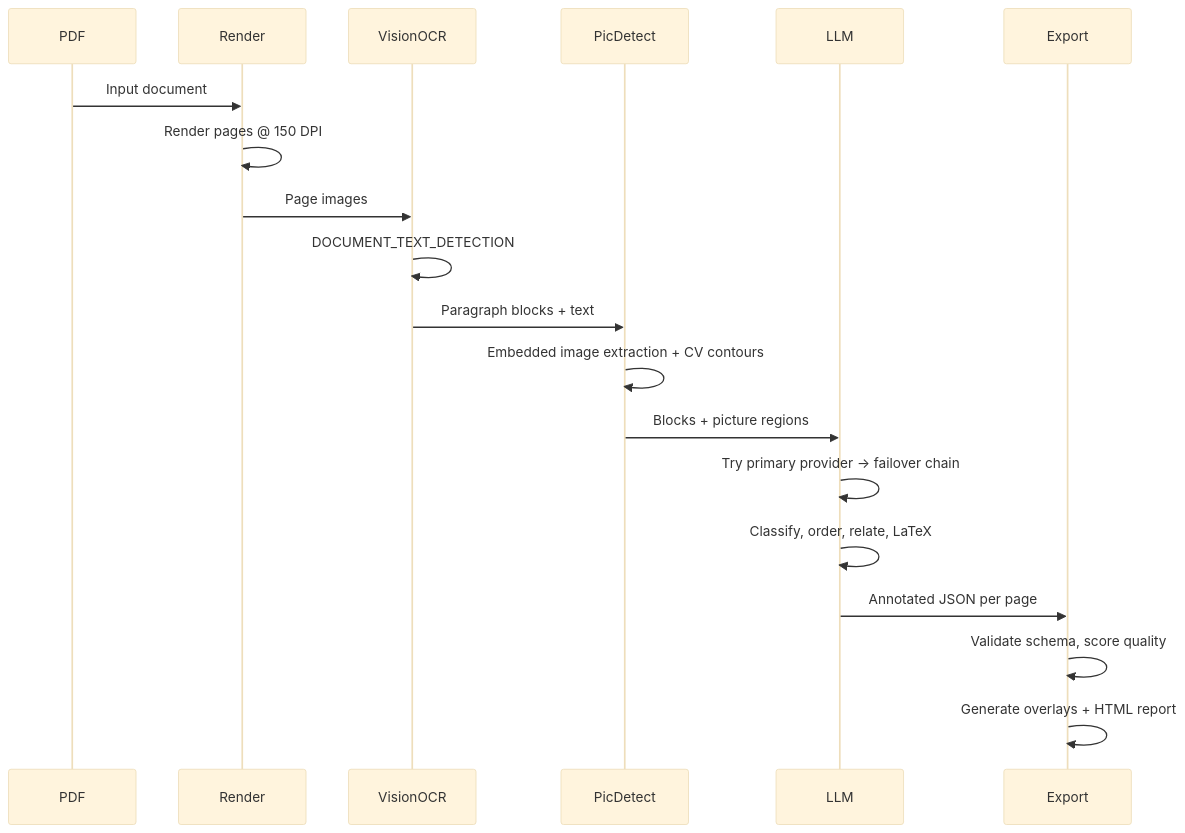
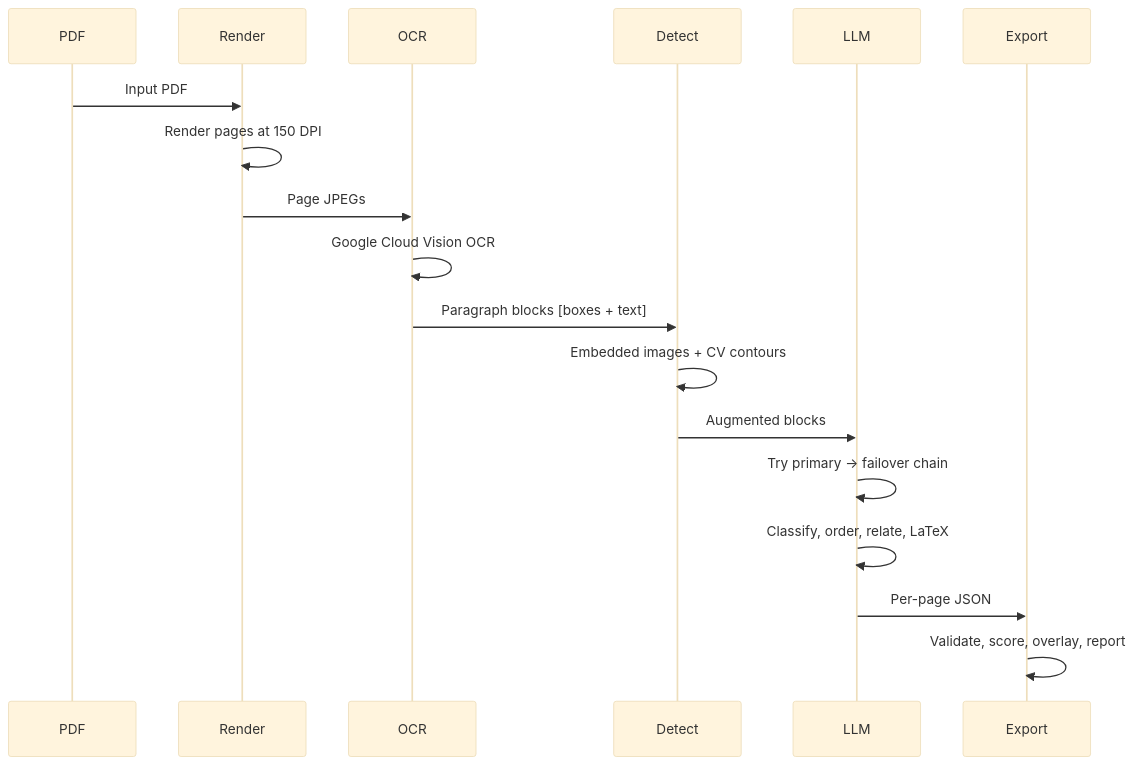
One commit to rai8053/indic-ocr-pipeline changed the second of 3 diagrams in README.md. Above: the diagram before and after it, drawn with Mermaid (base theme). The commit also changed other lines of this file, not shown here.

````diff
--- a/README.md
+++ b/README.md
@@ -125,22 +160,21 @@
 ```mermaid
 sequenceDiagram
     participant PDF
     participant Render
-    participant VisionOCR
-    participant PicDetect
+    participant OCR
+    participant Detect
     participant LLM
     participant Export
 
-    PDF->>Render: Input document
-    Render->>Render: Render pages @ 150 DPI
-    Render->>VisionOCR: Page images
-    VisionOCR->>VisionOCR: DOCUMENT_TEXT_DETECTION
-    VisionOCR->>PicDetect: Paragraph blocks + text
-    PicDetect->>PicDetect: Embedded image extraction + CV contours
-    PicDetect->>LLM: Blocks + picture regions
-    LLM->>LLM: Try primary provider → failover chain
+    PDF->>Render: Input PDF
+    Render->>Render: Render pages at 150 DPI
+    Render->>OCR: Page JPEGs
+    OCR->>OCR: Google Cloud Vision OCR
+    OCR->>Detect: Paragraph blocks [boxes + text]
+    Detect->>Detect: Embedded images + CV contours
+    Detect->>LLM: Augmented blocks
+    LLM->>LLM: Try primary → failover chain
     LLM->>LLM: Classify, order, relate, LaTeX
-    LLM->>Export: Annotated JSON per page
-    Export->>Export: Validate schema, score quality
-    Export->>Export: Generate overlays + HTML report
+    LLM->>Export: Per-page JSON
+    Export->>Export: Validate, score, overlay, report
 ```
````
